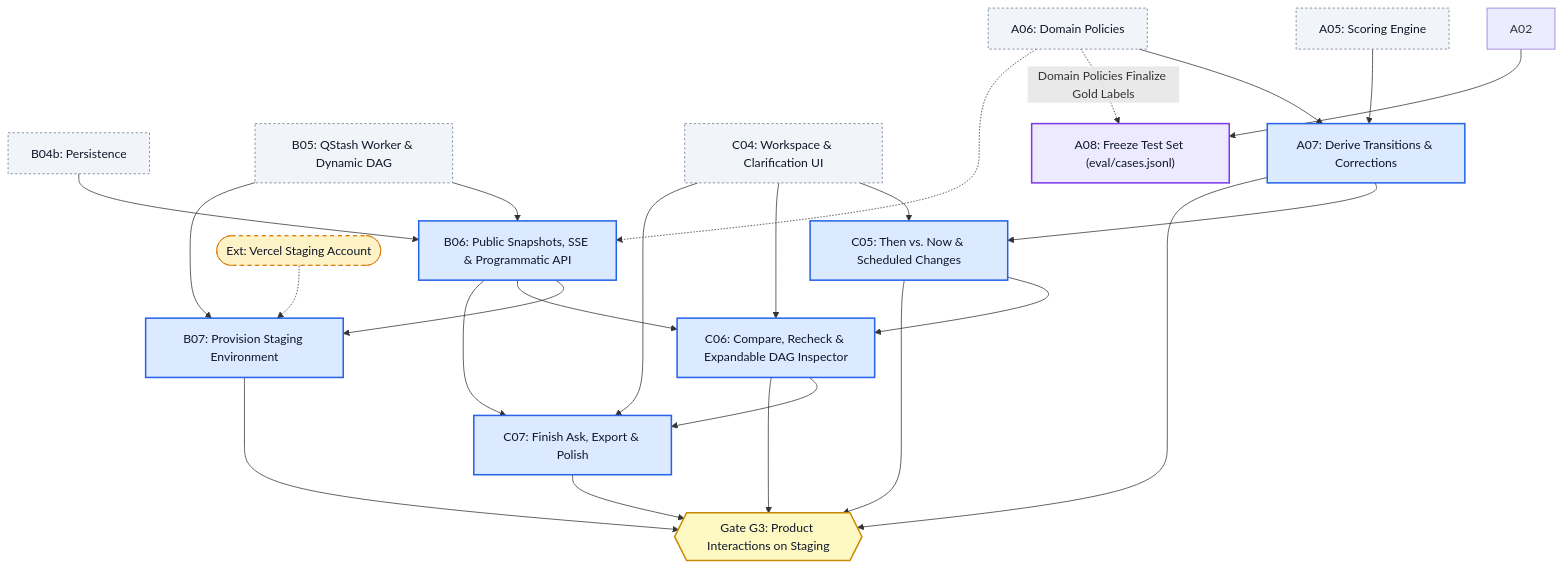
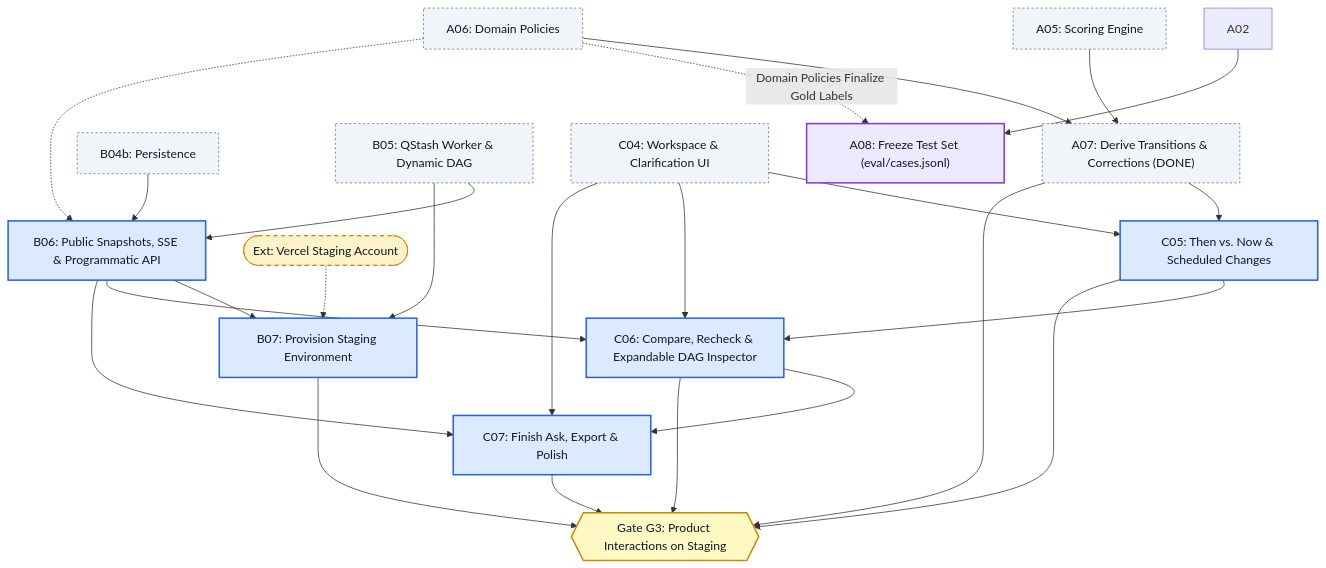
One commit to Driftaxe/Afterfact changed the fifth of 6 diagrams in docs/PARALLEL-WORK-PLAN.md. Above: the diagram before and after it, drawn with Mermaid. The commit also changed other lines of this file and 8 other files, not shown here.

First line of the commit message:
feat(verify): implement A07 transition timelines, surgical corrections, and candidate re-verification

````diff
--- a/docs/PARALLEL-WORK-PLAN.md
+++ b/docs/PARALLEL-WORK-PLAN.md
@@ -306,59 +306,59 @@
 ```mermaid
 flowchart TD
     classDef unblocked fill:#dbeafe,stroke:#2563eb,stroke-width:2px,color:#0f172a;
     classDef partial fill:#ede9fe,stroke:#7c3aed,stroke-width:2px,color:#0f172a;
     classDef external fill:#fef3c7,stroke:#d97706,stroke-width:1px,stroke-dasharray: 5 5,color:#0f172a;
     classDef upstream fill:#f1f5f9,stroke:#64748b,stroke-width:1px,stroke-dasharray: 3 3,color:#0f172a;
     classDef gate fill:#fef9c3,stroke:#ca8a04,stroke-width:2px,color:#0f172a;
 
     A05["A05: Scoring Engine"]:::upstream
     A06["A06: Domain Policies"]:::upstream
+    A07["A07: Derive Transitions & Corrections (DONE)"]:::upstream
     B04b["B04b: Persistence"]:::upstream
     B05["B05: QStash Worker & Dynamic DAG"]:::upstream
     C04["C04: Workspace & Clarification UI"]:::upstream
 
-    A07["A07: Derive Transitions & Corrections"]:::unblocked
     A08["A08: Freeze Test Set (eval/cases.jsonl)"]:::partial
 
     B06["B06: Public Snapshots, SSE & Programmatic API"]:::unblocked
 
     VercelStaging(["Ext: Vercel Staging Account"]):::external
     B07["B07: Provision Staging Environment"]:::unblocked
 
     C05["C05: Then vs. Now & Scheduled Changes"]:::unblocked
     C06["C06: Compare, Recheck & Expandable DAG Inspector"]:::unblocked
     C07["C07: Finish Ask, Export & Polish"]:::unblocked
 
     GateG3{{"Gate G3: Product Interactions on Staging"}}:::gate
 
     A05 --> A07
     A06 --> A07
 
     A02 --> A08
     A06 -.->|Domain Policies Finalize Gold Labels| A08
 
     B04b --> B06
     B05 --> B06
     A06 -.-> B06
 
     B05 --> B07
     B06 --> B07
     VercelStaging -.-> B07
 
     C04 --> C05
     A07 --> C05
 
     C04 --> C06
     C05 --> C06
     B06 --> C06
 
     B06 --> C07
     C04 --> C07
     C06 --> C07
 
     A07 --> GateG3
     B07 --> GateG3
     C05 --> GateG3
     C06 --> GateG3
     C07 --> GateG3
 ```
````
